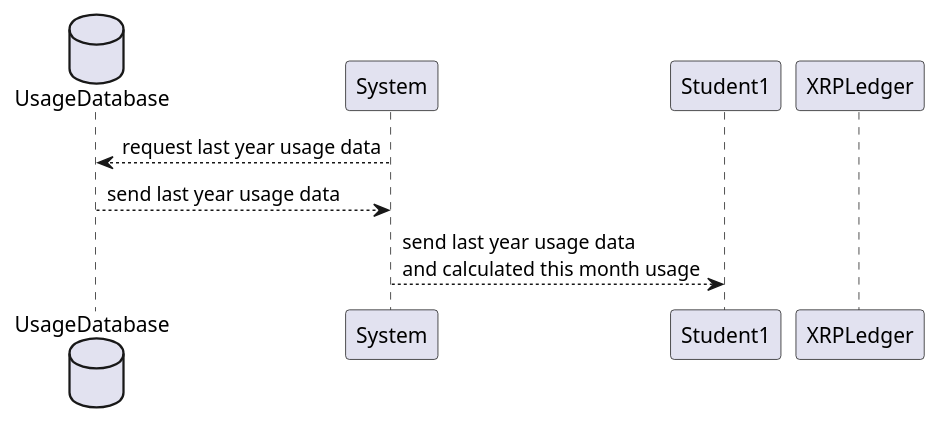
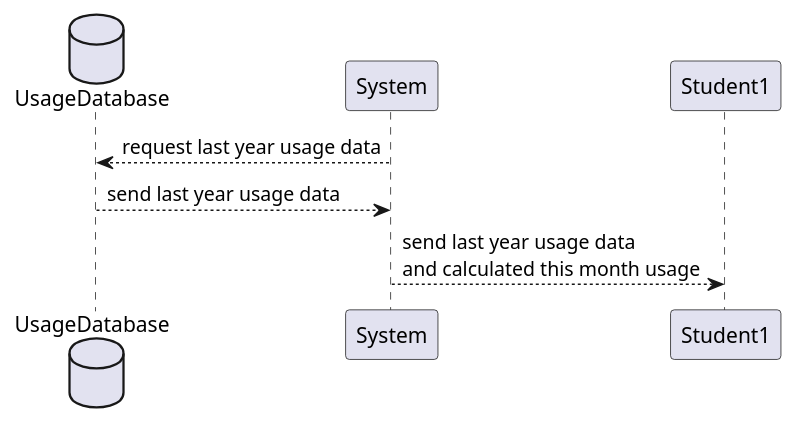
One commit to KyotoUniv-SIC/electoric-power-exchange changed the diagram in Seq01_CalculateUsage.plantuml. Above: the diagram before and after it, drawn with PlantUML. The commit also changed 6 other files, not shown here.

```diff
--- a/Seq01_CalculateUsage.plantuml
+++ b/Seq01_CalculateUsage.plantuml
@@ -1,10 +1,9 @@
 @startuml sequence
 database    UsageDatabase     as db1
 participant System            as sys
 participant Student1          as st1
-participant XRPLedger as xl
 
 sys --> db1 : request last year usage data
 db1 --> sys : send last year usage data
 sys --> st1 : send last year usage data \nand calculated this month usage
 @enduml
```
